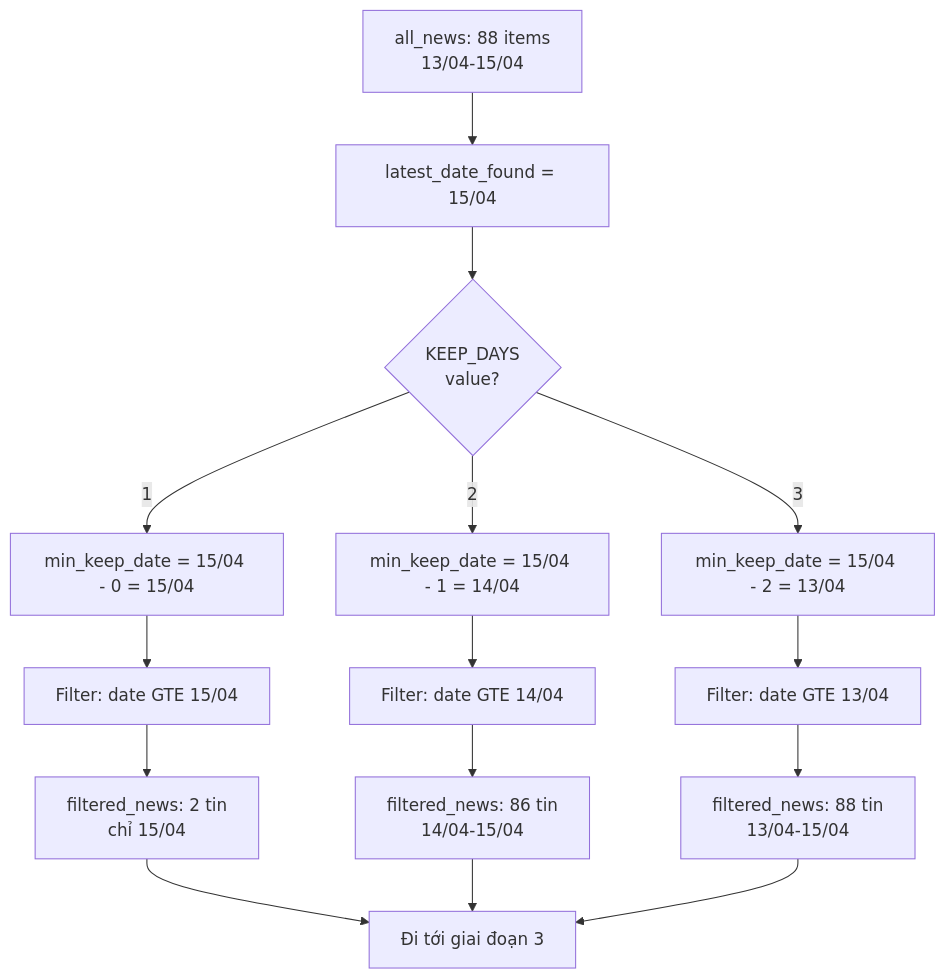
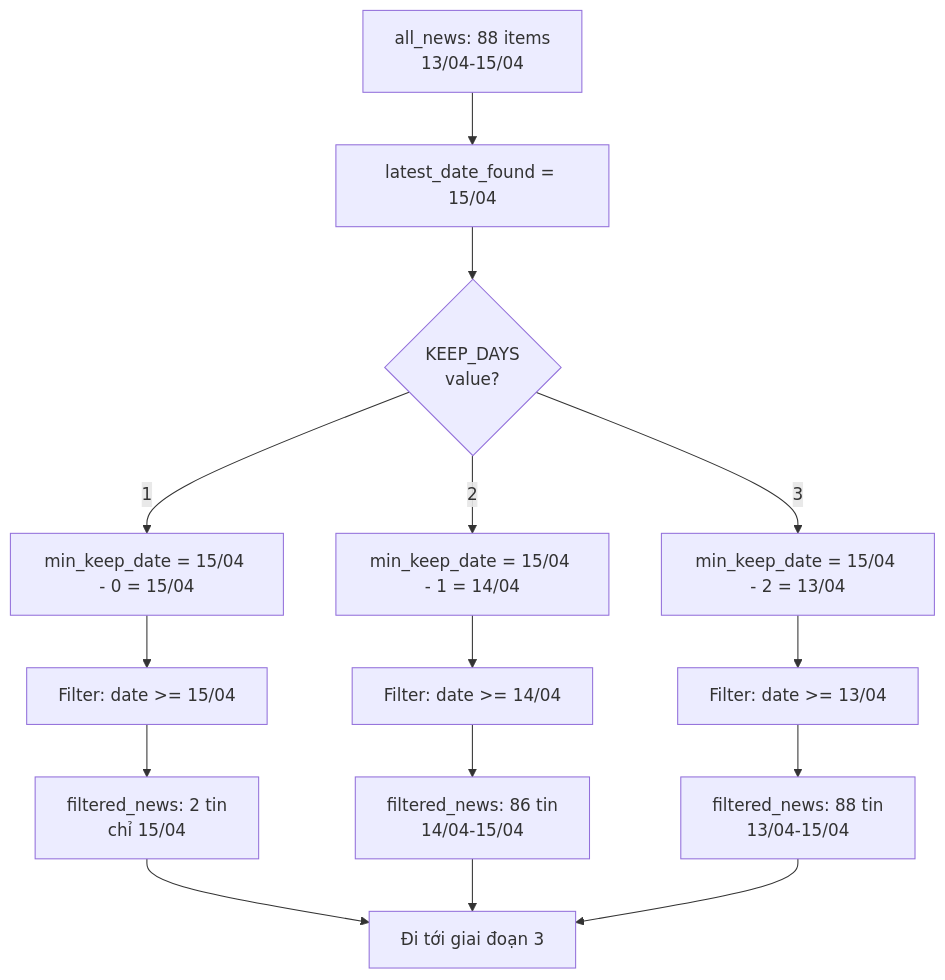
One commit to doanhieu1986/vps-automation-vhck changed the third of 5 diagrams in FETCH_VSD_LOGIC.md. Above: the diagram before and after it, drawn with Mermaid. The commit also changed other lines of this file, not shown here.

````diff
--- a/FETCH_VSD_LOGIC.md
+++ b/FETCH_VSD_LOGIC.md
@@ -102,20 +102,20 @@
 ```mermaid
 flowchart TD
     A["all_news: 88 items<br/>13/04-15/04"] --> B["latest_date_found = 15/04"]
     B --> C{"KEEP_DAYS<br/>value?"}
     C -->|1| D["min_keep_date = 15/04 - 0 = 15/04"]
     C -->|2| E["min_keep_date = 15/04 - 1 = 14/04"]
     C -->|3| F["min_keep_date = 15/04 - 2 = 13/04"]
     
-    D --> G["Filter: date GTE 15/04"]
-    E --> H["Filter: date GTE 14/04"]
-    F --> I["Filter: date GTE 13/04"]
+    D --> G["Filter: date >= 15/04"]
+    E --> H["Filter: date >= 14/04"]
+    F --> I["Filter: date >= 13/04"]
     
     G --> J["filtered_news: 2 tin<br/>chỉ 15/04"]
     H --> K["filtered_news: 86 tin<br/>14/04-15/04"]
     I --> L["filtered_news: 88 tin<br/>13/04-15/04"]
     
     J --> M["Đi tới giai đoạn 3"]
     K --> M
     L --> M
 ```
````
